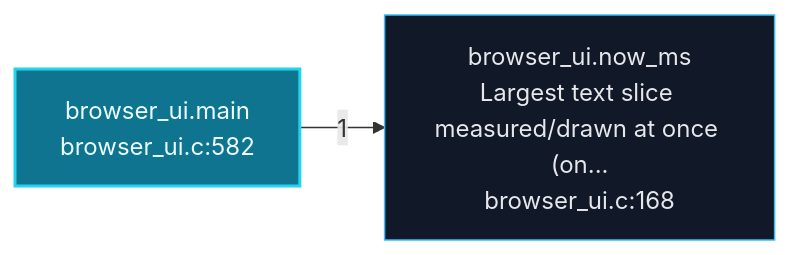
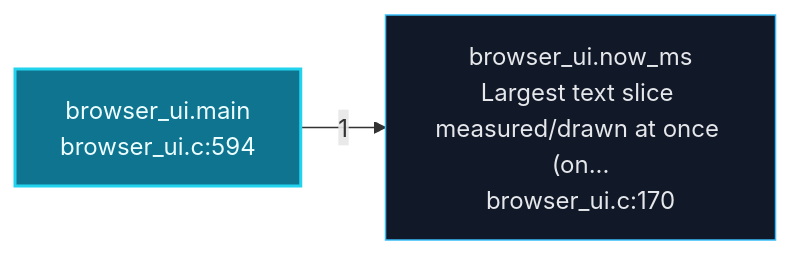
One commit to grisuno/FreeDom changed the second of 6 diagrams in readmenator-apidocs/architecture.md. Above: the diagram before and after it, drawn with Mermaid. The commit also changed other lines of this file and 182 other files, not shown here.

````diff
--- a/readmenator-apidocs/architecture.md
+++ b/readmenator-apidocs/architecture.md
@@ -101,8 +100,8 @@
 ```mermaid
 flowchart LR
     classDef default fill:#111827,stroke:#38bdf8,color:#e5e7eb;
     classDef entry fill:#0e7490,stroke:#22d3ee,color:#ecfeff,stroke-width:2px;
-    n_gui_browser_ui_c__main["browser_ui.main<br/>browser_ui.c:582"]:::entry
-    n_gui_browser_ui_c__now_ms["browser_ui.now_ms<br/>Largest text slice measured/drawn at once (on...<br/>browser_ui.c:168"]:::default
+    n_gui_browser_ui_c__main["browser_ui.main<br/>browser_ui.c:594"]:::entry
+    n_gui_browser_ui_c__now_ms["browser_ui.now_ms<br/>Largest text slice measured/drawn at once (on...<br/>browser_ui.c:170"]:::default
     n_gui_browser_ui_c__main -->|"1"| n_gui_browser_ui_c__now_ms
 ```
````
